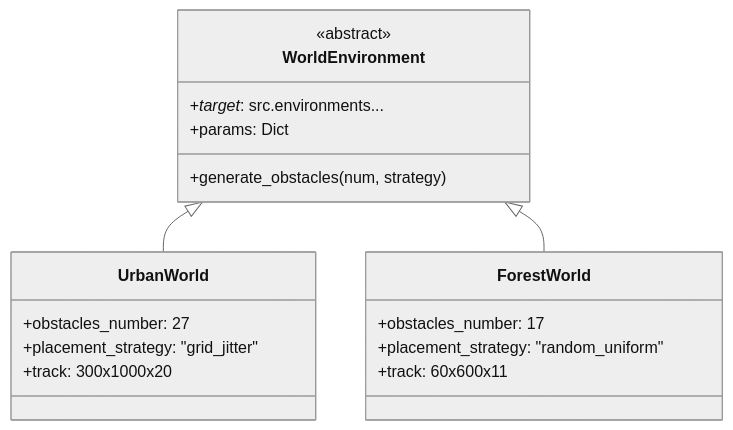
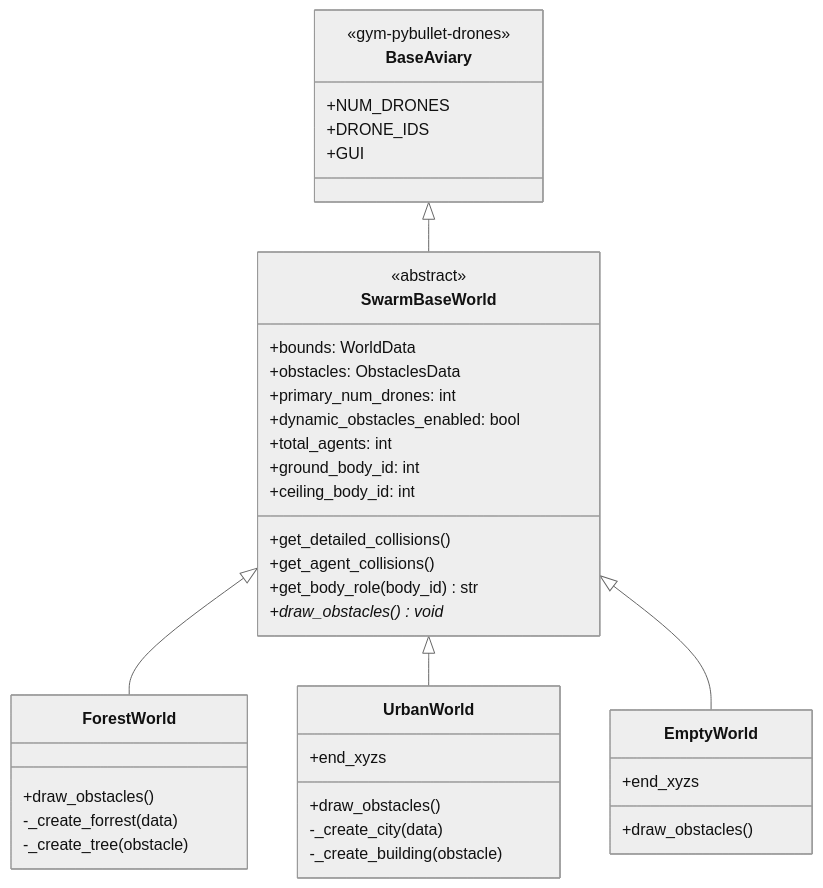
Before and after one commit to Ebi2626/drone-swarm-simulation: the diagram in src/environments/ENVIRONMENTS.md, drawn with Mermaid (neutral theme). The commit also changed other lines of this file and 118 other files, not shown here.

````diff
--- a/src/environments/ENVIRONMENTS.md
+++ b/src/environments/ENVIRONMENTS.md
@@ -68,23 +228,47 @@
 ```mermaid
 classDiagram
-    class WorldEnvironment {
+    class BaseAviary {
+        <<gym-pybullet-drones>>
+        +NUM_DRONES
+        +DRONE_IDS
+        +GUI
+    }
+
+    class SwarmBaseWorld {
         <<abstract>>
-        +_target_: src.environments...
-        +params: Dict
-        +generate_obstacles(num, strategy)
+        +bounds: WorldData
+        +obstacles: ObstaclesData
+        +primary_num_drones: int
+        +dynamic_obstacles_enabled: bool
+        +total_agents: int
+        +ground_body_id: int
+        +ceiling_body_id: int
+        +get_detailed_collisions()
+        +get_agent_collisions()
+        +get_body_role(body_id) str
+        +draw_obstacles()* void
     }
-    
+
+    class ForestWorld {
+        +draw_obstacles()
+        -_create_forrest(data)
+        -_create_tree(obstacle)
+    }
+
     class UrbanWorld {
-        +obstacles_number: 27
-        +placement_strategy: "grid_jitter"
-        +track: 300x1000x20
+        +end_xyzs
+        +draw_obstacles()
+        -_create_city(data)
+        -_create_building(obstacle)
     }
-    class ForestWorld {
-        +obstacles_number: 17
-        +placement_strategy: "random_uniform"
-        +track: 60x600x11
+
+    class EmptyWorld {
+        +end_xyzs
+        +draw_obstacles()
     }
-    
-    WorldEnvironment <|-- UrbanWorld
-    WorldEnvironment <|-- ForestWorld
+
+    BaseAviary <|-- SwarmBaseWorld
+    SwarmBaseWorld <|-- ForestWorld
+    SwarmBaseWorld <|-- UrbanWorld
+    SwarmBaseWorld <|-- EmptyWorld
 ```
````
